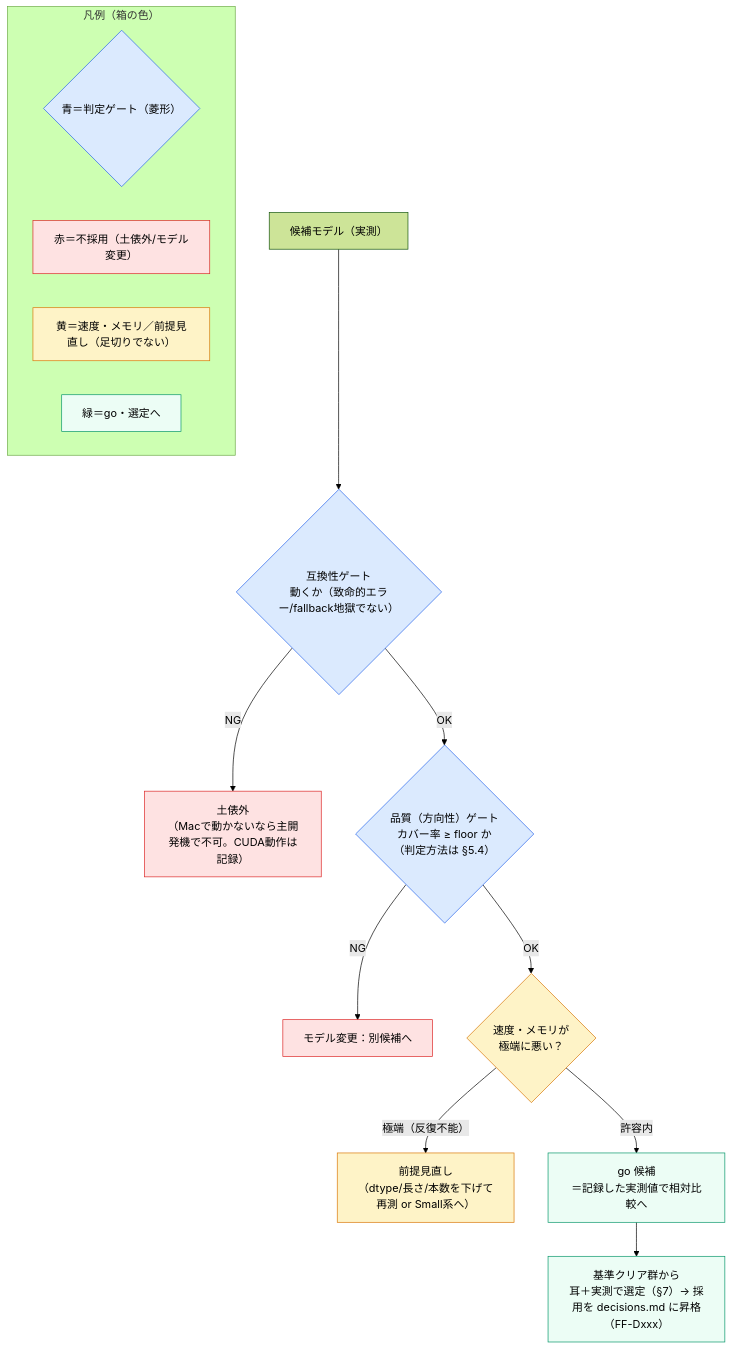
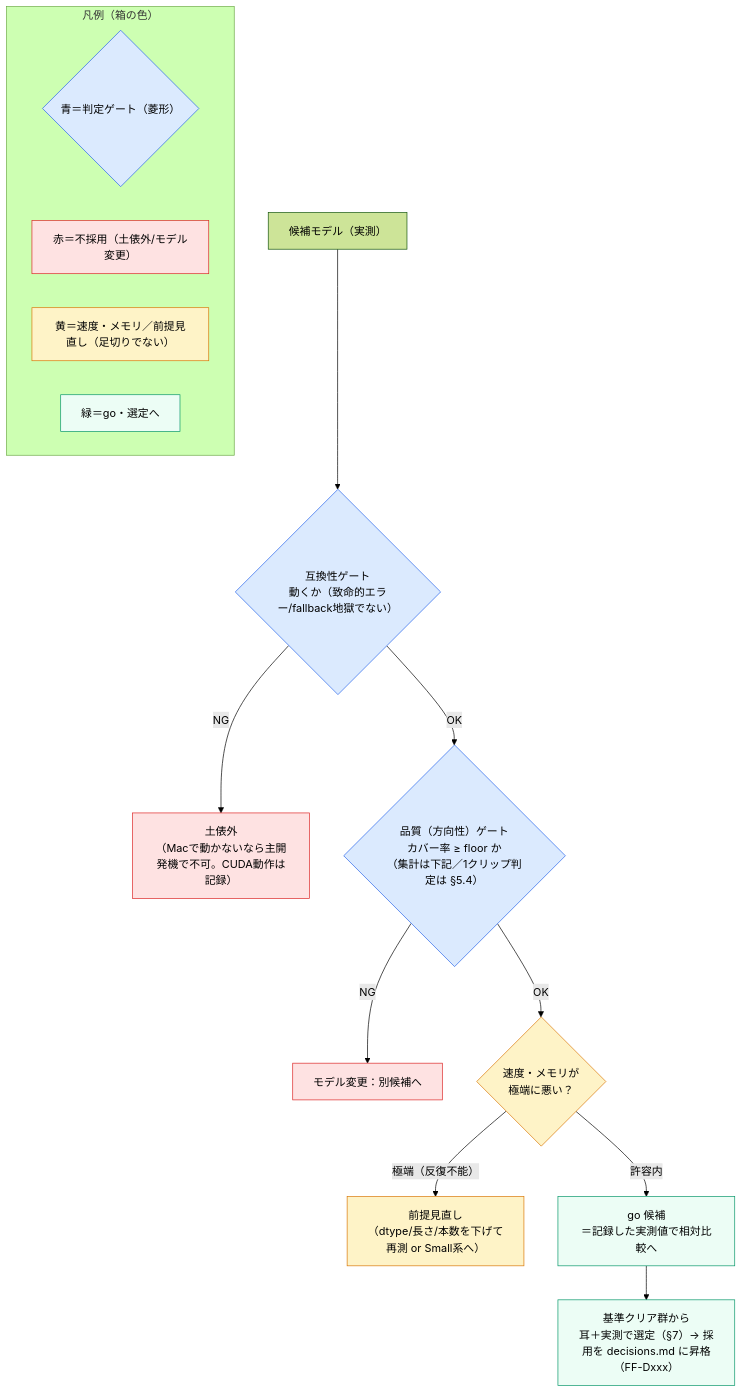
One commit to mgmaru/foley-forge-prototype changed the third of 7 diagrams in docs/phases/phase0/README.md. Above: the diagram before and after it, drawn with Mermaid (forest theme). The commit also changed other lines of this file, not shown here.

````diff
--- a/docs/phases/phase0/README.md
+++ b/docs/phases/phase0/README.md
@@ -199,24 +199,24 @@
 ```mermaid
 flowchart TD
     M["候補モデル（実測）"] --> G1{"互換性ゲート<br/>動くか（致命的エラー/fallback地獄でない）"}:::gate
     G1 -- NG --> X1["土俵外<br/>（Macで動かないなら主開発機で不可。CUDA動作は記録）"]:::x
-    G1 -- OK --> G2{"品質（方向性）ゲート<br/>カバー率 ≥ floor か<br/>（判定方法は §5.4）"}:::gate
+    G1 -- OK --> G2{"品質（方向性）ゲート<br/>カバー率 ≥ floor か<br/>（集計は下記／1クリップ判定は §5.4）"}:::gate
     G2 -- NG --> X2["モデル変更：別候補へ"]:::x
     G2 -- OK --> S{"速度・メモリが<br/>極端に悪い？"}:::soft
     S -- "極端（反復不能）" --> REV["前提見直し<br/>（dtype/長さ/本数を下げて再測 or Small系へ）"]:::soft
     S -- "許容内" --> CMP["go 候補<br/>＝記録した実測値で相対比較へ"]:::go
     CMP --> SEL["基準クリア群から<br/>耳＋実測で選定（§7）→ 採用を decisions.md に昇格（FF-Dxxx）"]:::go
 
     subgraph Legend["凡例（箱の色）"]
         direction LR
         LGATE{"青＝判定ゲート（菱形）"}:::gate
         LX["赤＝不採用（土俵外/モデル変更）"]:::x
         LSOFT["黄＝速度・メモリ／前提見直し（足切りでない）"]:::soft
         LGO["緑＝go・選定へ"]:::go
     end
 
     classDef gate fill:#dbeafe,stroke:#2563eb,color:#000
     classDef x fill:#fee2e2,stroke:#dc2626,color:#000
     classDef soft fill:#fef3c7,stroke:#d97706,color:#000
     classDef go fill:#ecfdf5,stroke:#059669,color:#000
 ```
````
